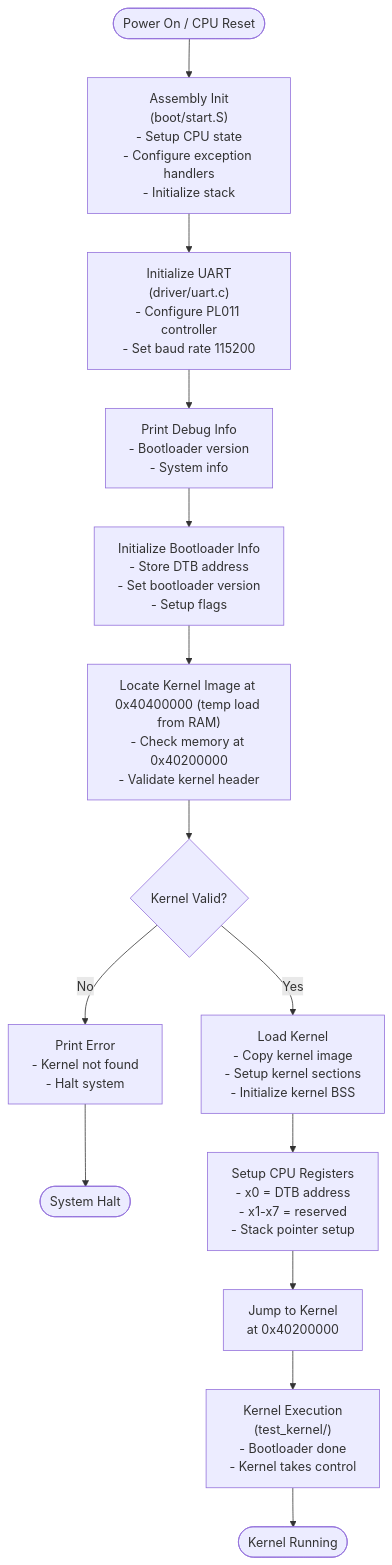
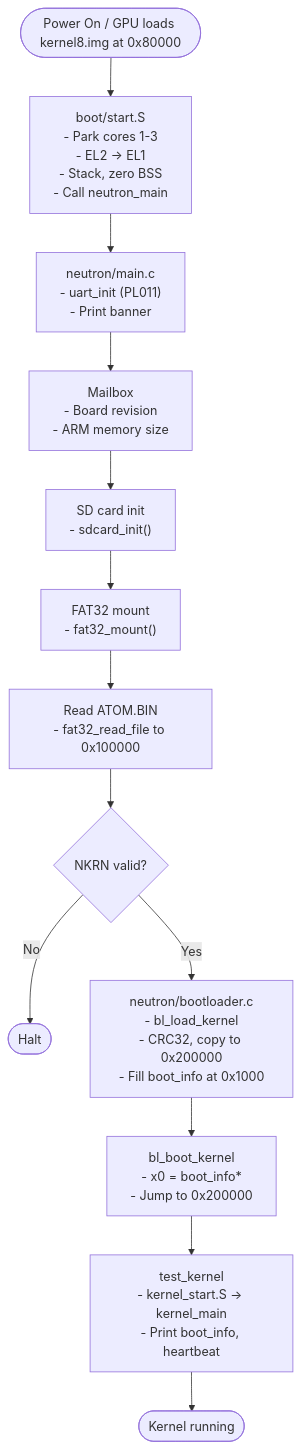
Before and after one commit to serene-brew/Neutron: the second of 3 diagrams in ARCHITECTURE.md, drawn with Mermaid. The commit also changed other lines of this file, not shown here.

Commit message:
[DOCS]: update architecture with raspi3b and updated drivers

````diff
--- a/ARCHITECTURE.md
+++ b/ARCHITECTURE.md
@@ -136,27 +150,15 @@
 ```mermaid
 flowchart TD
-    Start([Power On / CPU Reset]) --> ASM["Assembly Init<br/>(boot/start.S)<br/>- Setup CPU state<br/>- Configure exception handlers<br/>- Initialize stack"]
-    
-    ASM --> UART["Initialize UART<br/>(driver/uart.c)<br/>- Configure PL011 controller<br/>- Set baud rate 115200"]
-    
-    UART --> PRINT1["Print Debug Info<br/>- Bootloader version<br/>- System info"]
-    
-    PRINT1 --> INIT_BI["Initialize Bootloader Info<br/>- Store DTB address<br/>- Set bootloader version<br/>- Setup flags"]
-    
-    INIT_BI --> LOCATE["Locate Kernel Image at 0x40400000 (temp load from RAM)<br/>- Check memory at 0x40200000<br/>- Validate kernel header"]
-    
-    LOCATE --> VALIDATE{Kernel Valid?}
-    
-    VALIDATE -->|No| ERROR["Print Error<br/>- Kernel not found<br/>- Halt system"]
-    ERROR --> HALT1([System Halt])
-    
-    VALIDATE -->|Yes| LOAD["Load Kernel<br/>- Copy kernel image<br/>- Setup kernel sections<br/>- Initialize kernel BSS"]
-    
-    LOAD --> SETUP_REG["Setup CPU Registers<br/>- x0 = DTB address<br/>- x1-x7 = reserved<br/>- Stack pointer setup"]
-    
-    SETUP_REG --> JUMP["Jump to Kernel<br/>at 0x40200000"]
-    
-    JUMP --> KERNEL_RUN["Kernel Execution<br/>(test_kernel/)<br/>- Bootloader done<br/>- Kernel takes control"]
-    
-    KERNEL_RUN --> END([Kernel Running])
+    Start([Power On / GPU loads kernel8.img at 0x80000]) --> ASM["boot/start.S<br/>- Park cores 1-3<br/>- EL2 → EL1<br/>- Stack, zero BSS<br/>- Call neutron_main"]
+    ASM --> UART["neutron/main.c<br/>- uart_init (PL011)<br/>- Print banner"]
+    UART --> MBOX["Mailbox<br/>- Board revision<br/>- ARM memory size"]
+    MBOX --> SD["SD card init<br/>- sdcard_init()"]
+    SD --> FAT["FAT32 mount<br/>- fat32_mount()"]
+    FAT --> READ["Read ATOM.BIN<br/>- fat32_read_file to 0x100000"]
+    READ --> VALIDATE{NKRN valid?}
+    VALIDATE -->|No| HALT([Halt])
+    VALIDATE -->|Yes| LOAD["neutron/bootloader.c<br/>- bl_load_kernel<br/>- CRC32, copy to 0x200000<br/>- Fill boot_info at 0x1000"]
+    LOAD --> JUMP["bl_boot_kernel<br/>- x0 = boot_info*<br/>- Jump to 0x200000"]
+    JUMP --> KERNEL["test_kernel<br/>- kernel_start.S → kernel_main<br/>- Print boot_info, heartbeat"]
+    KERNEL --> RUN([Kernel running])
 ```
````
